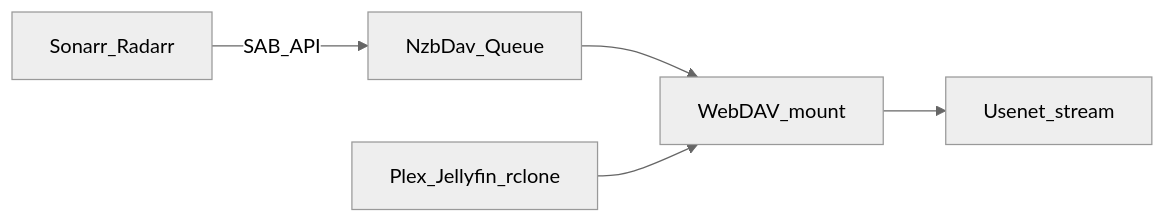
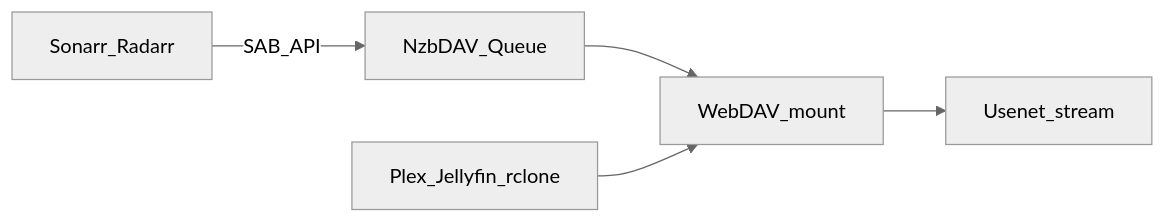
Before and after one commit to infinidysk/docs: the diagram in docs/index.md, drawn with Mermaid (neutral theme). The commit also changed other lines of this file and 24 other files, not shown here.

First line of the commit message:
docs: use NzbDAV casing, add alternatives comparison, shrink badges

````diff
--- a/docs/index.md
+++ b/docs/index.md
@@ -39,7 +39,7 @@
 ```mermaid
 flowchart LR
-  Arr[Sonarr_Radarr] -->|SAB_API| Queue[NzbDav_Queue]
+  Arr[Sonarr_Radarr] -->|SAB_API| Queue[NzbDAV_Queue]
   Queue --> Mount[WebDAV_mount]
   Mount --> Stream[Usenet_stream]
   Player[Plex_Jellyfin_rclone] --> Mount
 ```
````
